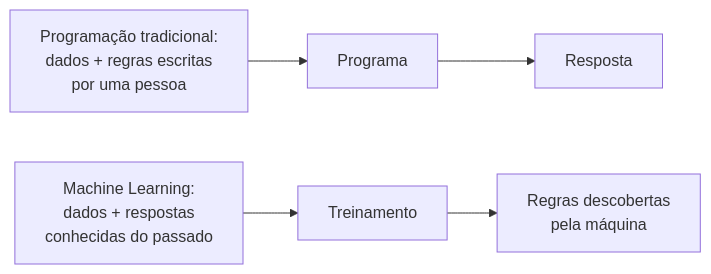
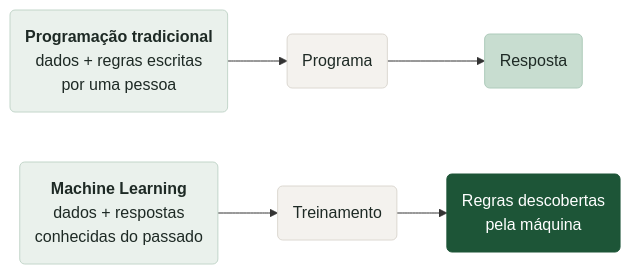
Before and after one commit to klein-natan/IA-Dados-GitBook: the third of 3 diagrams in aula-01-evolucao-analise-dados/README.md, drawn with Mermaid. The commit also changed other lines of this file and 4 other files, not shown here.

````diff
--- a/aula-01-evolucao-analise-dados/README.md
+++ b/aula-01-evolucao-analise-dados/README.md
@@ -95,5 +111,14 @@
 ```mermaid
+%%{init:{"theme":"base","themeVariables":{"fontFamily":"Inter,'Segoe UI','Liberation Sans',Helvetica,Arial,sans-serif","fontSize":"15px","primaryColor":"#F4F2EE","primaryTextColor":"#1E2A25","primaryBorderColor":"#CBD8D0","lineColor":"#8A9A90","secondaryColor":"#EDF2EE","tertiaryColor":"#FFFFFF","clusterBkg":"#F8F7F4","clusterBorder":"#E2DED7","edgeLabelBackground":"#FFFFFF"},"flowchart":{"nodeSpacing":28,"rankSpacing":38,"padding":14,"curve":"basis"}}}%%
 flowchart LR
-    A1["Programação tradicional:<br/>dados + regras escritas<br/>por uma pessoa"] --> A2["Programa"] --> A3["Resposta"]
-    B1["Machine Learning:<br/>dados + respostas<br/>conhecidas do passado"] --> B2["Treinamento"] --> B3["Regras descobertas<br/>pela máquina"]
+    A1("<b>Programação tradicional</b><br/>dados + regras escritas<br/>por uma pessoa") --> A2("Programa") --> A3("Resposta")
+    B1("<b>Machine Learning</b><br/>dados + respostas<br/>conhecidas do passado") --> B2("Treinamento") --> B3("Regras descobertas<br/>pela máquina")
+    classDef destaque fill:#1D5537,stroke:#1D5537,color:#FFFFFF;
+    classDef medio fill:#C8DDD0,stroke:#AECBBB,color:#1E2A25;
+    classDef neutro fill:#F4F2EE,stroke:#DCD8D1,color:#1E2A25;
+    classDef nevoa fill:#EAF1EC,stroke:#C3D6CA,color:#1E2A25;
+    class A1,B1 nevoa
+    class A2,B2 neutro
+    class A3 medio
+    class B3 destaque
 ```
````
